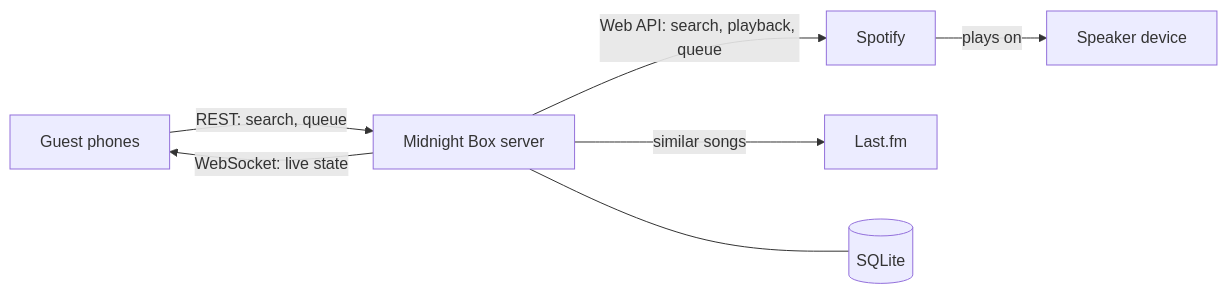
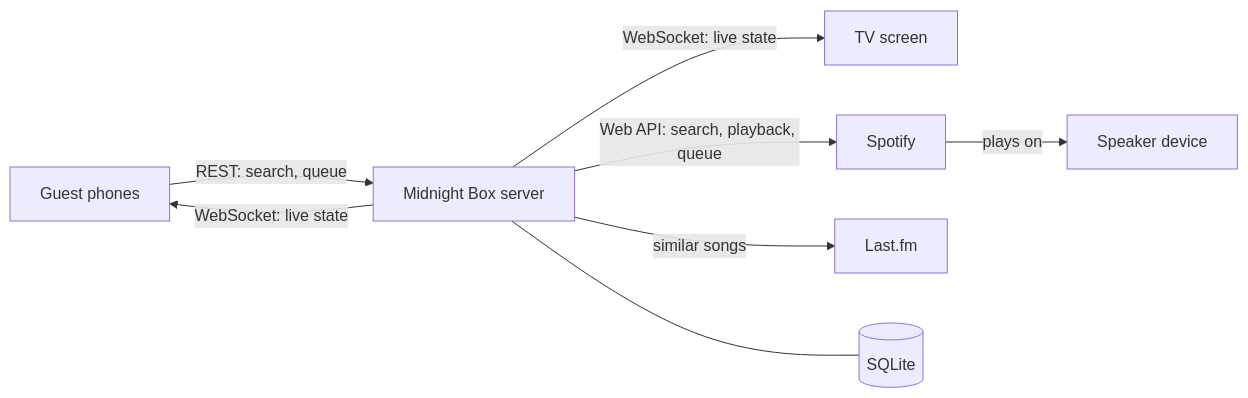
Before and after one commit to BBQWarrior/midnight-box: the diagram in README.md, drawn with Mermaid. The commit also changed other lines of this file and 5 other files, not shown here.

````diff
--- a/README.md
+++ b/README.md
@@ -81,9 +92,10 @@
 ```mermaid
 flowchart LR
   P[Guest phones] -- REST: search, queue --> S[Midnight Box server]
   S -- WebSocket: live state --> P
+  S -- WebSocket: live state --> TV[TV screen]
   S -- Web API: search, playback, queue --> SP[Spotify]
   S -- similar songs --> LF[Last.fm]
   SP -- plays on --> D[Speaker device]
   S --- DB[(SQLite)]
 ```
````
